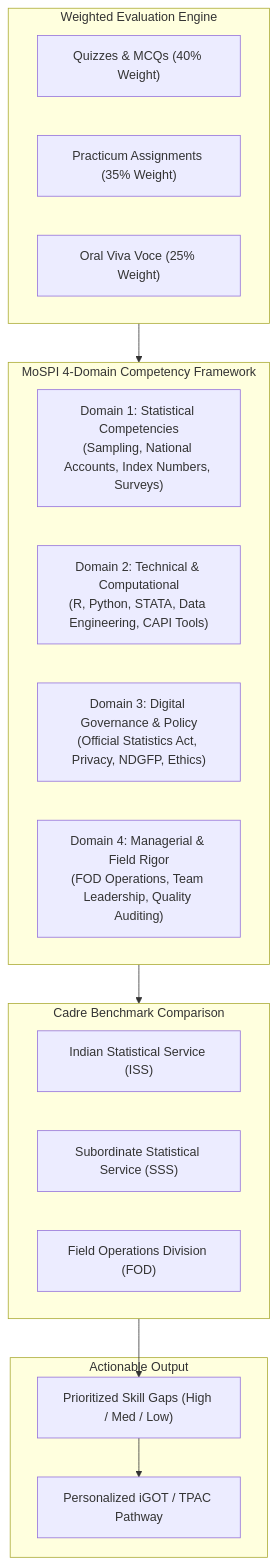
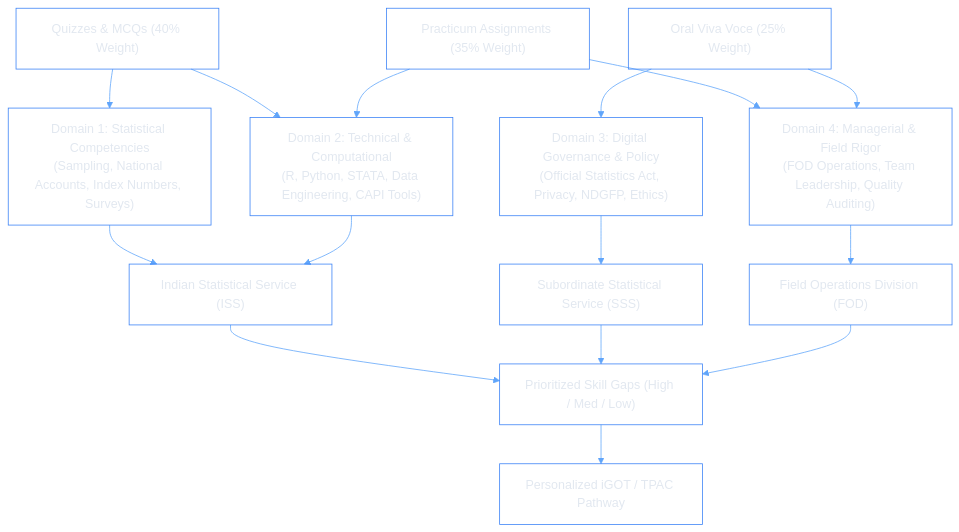
Before and after one commit to suvojitmanna/sih: the fourth of 4 diagrams in README.md, drawn with Mermaid. The commit also changed other lines of this file and 23 other files, not shown here.

````diff
--- a/README.md
+++ b/README.md
@@ -239,31 +255,36 @@
 ```mermaid
+%%{init: {'theme': 'base', 'themeVariables': { 'background': 'transparent', 'mainBkg': 'transparent', 'primaryColor': 'transparent', 'primaryBorderColor': '#3b82f6', 'primaryTextColor': '#e2e8f0', 'lineColor': '#60a5fa' }}}%%
 flowchart TD
-    subgraph Taxonomy["MoSPI 4-Domain Competency Framework"]
-        D1["Domain 1: Statistical Competencies\n(Sampling, National Accounts, Index Numbers, Surveys)"]
-        D2["Domain 2: Technical & Computational\n(R, Python, STATA, Data Engineering, CAPI Tools)"]
-        D3["Domain 3: Digital Governance & Policy\n(Official Statistics Act, Privacy, NDGFP, Ethics)"]
-        D4["Domain 4: Managerial & Field Rigor\n(FOD Operations, Team Leadership, Quality Auditing)"]
-    end
+    D1["Domain 1: Statistical Competencies\n(Sampling, National Accounts, Index Numbers, Surveys)"]
+    D2["Domain 2: Technical & Computational\n(R, Python, STATA, Data Engineering, CAPI Tools)"]
+    D3["Domain 3: Digital Governance & Policy\n(Official Statistics Act, Privacy, NDGFP, Ethics)"]
+    D4["Domain 4: Managerial & Field Rigor\n(FOD Operations, Team Leadership, Quality Auditing)"]
 
-    subgraph Profiling["Weighted Evaluation Engine"]
-        Quizzes["Quizzes & MCQs (40% Weight)"]
-        Assignments["Practicum Assignments (35% Weight)"]
-        Vivas["Oral Viva Voce (25% Weight)"]
-    end
+    Quizzes["Quizzes & MCQs (40% Weight)"]
+    Assignments["Practicum Assignments (35% Weight)"]
+    Vivas["Oral Viva Voce (25% Weight)"]
 
-    subgraph Benchmarking["Cadre Benchmark Comparison"]
-        ISS["Indian Statistical Service (ISS)"]
-        SSS["Subordinate Statistical Service (SSS)"]
-        FOD["Field Operations Division (FOD)"]
-    end
+    ISS["Indian Statistical Service (ISS)"]
+    SSS["Subordinate Statistical Service (SSS)"]
+    FOD["Field Operations Division (FOD)"]
 
-    subgraph Outcome["Actionable Output"]
-        Gap["Prioritized Skill Gaps (High / Med / Low)"]
-        Path["Personalized iGOT / TPAC Pathway"]
-    end
+    Gap["Prioritized Skill Gaps (High / Med / Low)"]
+    Path["Personalized iGOT / TPAC Pathway"]
 
-    Profiling --> Taxonomy
-    Taxonomy --> Benchmarking
-    Benchmarking --> Gap
+    Quizzes --> D1
+    Quizzes --> D2
+    Assignments --> D2
+    Assignments --> D4
+    Vivas --> D3
+    Vivas --> D4
+
+    D1 --> ISS
+    D2 --> ISS
+    D3 --> SSS
+    D4 --> FOD
+
+    ISS --> Gap
+    SSS --> Gap
+    FOD --> Gap
     Gap --> Path
 ```
````
